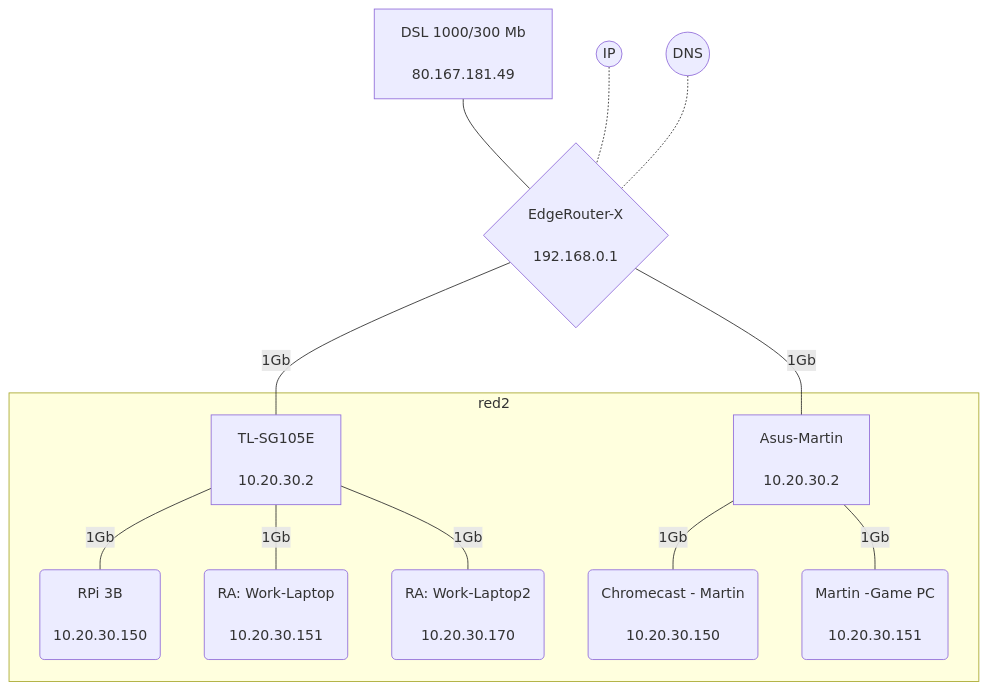
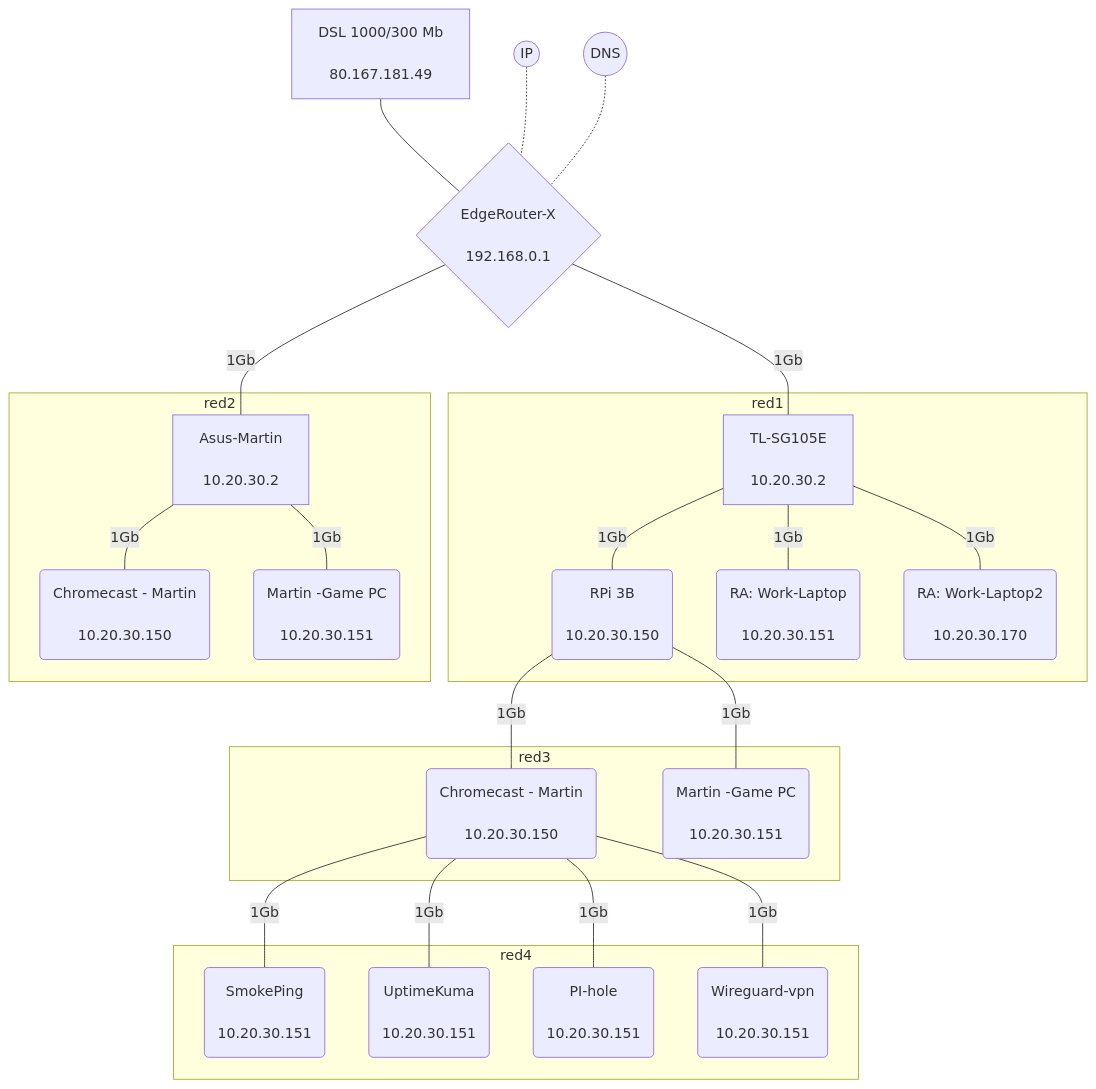
One commit to alf149/ansible changed the diagram in Docs/Index.md. Above: the diagram before and after it, drawn with Mermaid.

````diff
--- a/Docs/Index.md
+++ b/Docs/Index.md
@@ -3,21 +3,33 @@
 ```mermaid
 graph TD
  linkStyle default interpolate basis
  wan1[<center>DSL 1000/300 Mb<br><br>80.167.181.49</center>]---router{<center>EdgeRouter-X<br><br>192.168.0.1</center>}
  ip((<center><br>IP<br><br></center>))-.-router
  dns((<center><br>DNS<br><br></center>))-.-router
  router---|1Gb|switch1[<center>TL-SG105E<br><br>10.20.30.2</center>]
  router---|1Gb|ac[<center>Asus-Martin<br><br>10.20.30.2</center>]
  
- subgraph red2
+ subgraph red1
  switch1---|1Gb|pi(<center>RPi 3B<br><br>10.20.30.150</center>)
  switch1---|1Gb|work(<center>RA: Work-Laptop<br><br>10.20.30.151</center>)
  switch1---|1Gb|work-lab(<center>RA: Work-Laptop2<br><br>10.20.30.170</center>)
  end
  
-
  subgraph red2
  ac---|1Gb|chromecast(<center>Chromecast - Martin<br><br>10.20.30.150</center>)
  ac---|1Gb|game-pc(<center>Martin -Game PC<br><br>10.20.30.151</center>)
  end
+
+ subgraph red3
+ pi---|1Gb|docker(<center>Chromecast - Martin<br><br>10.20.30.150</center>)
+ pi---|1Gb|crowdsec(<center>Martin -Game PC<br><br>10.20.30.151</center>)
+ end
+
+subgraph red4
+ docker---|1Gb|smokeping(<center>SmokePing<br><br>10.20.30.151</center>)
+ docker---|1Gb|uptimeKuma(<center>UptimeKuma<br><br>10.20.30.151</center>)
+ docker---|1Gb|pihole(<center>PI-hole<br><br>10.20.30.151</center>)
+ docker---|1Gb|wireguardvpn(<center>Wireguard-vpn<br><br>10.20.30.151</center>)
+ 
+ end
  ```
````
